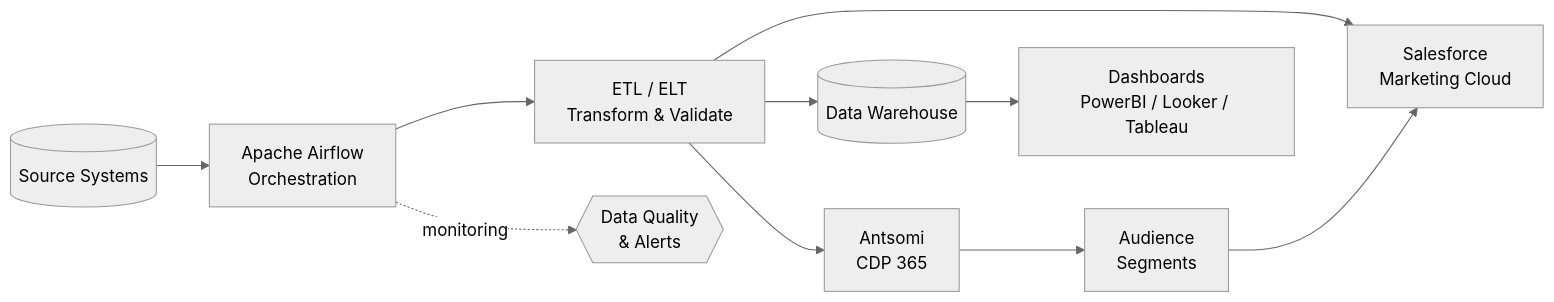
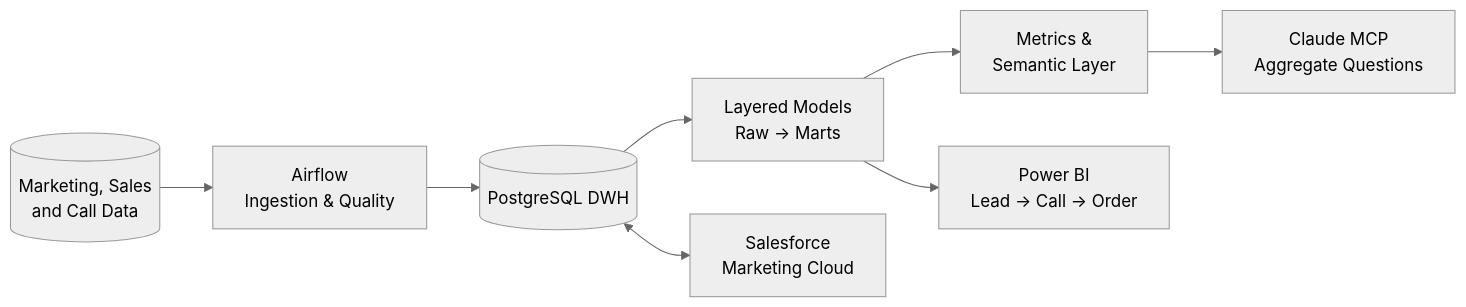
The diagram in README.md (duan-n2d/duan-n2d), drawn with Mermaid (neutral theme) before and after one commit. The commit also changed other lines of this file, not shown here.

````diff
--- a/README.md
+++ b/README.md
@@ -31,12 +31,10 @@
 ```mermaid
 flowchart LR
-		A[(Source Systems)] --> B[Apache Airflow<br/>Orchestration]
-		B --> C[ETL / ELT<br/>Transform & Validate]
-		C --> D[Salesforce<br/>Marketing Cloud]
-		C --> E[Antsomi<br/>CDP 365]
-		C --> F[(Data Warehouse)]
-		E --> G[Audience<br/>Segments]
-		F --> H[Dashboards<br/>PowerBI / Looker / Tableau]
-		G --> D
-		B -. monitoring .-> I{{Data Quality<br/>& Alerts}}
+    A[(Marketing, Sales<br/>and Call Data)] --> B[Airflow<br/>Ingestion & Quality]
+    B --> C[(PostgreSQL DWH)]
+    C --> D[Layered Models<br/>Raw → Marts]
+    D --> E[Metrics &<br/>Semantic Layer]
+    D --> F[Power BI<br/>Lead → Call → Order]
+    E --> G[Claude MCP<br/>Aggregate Questions]
+    C <--> H[Salesforce<br/>Marketing Cloud]
 ```
````
